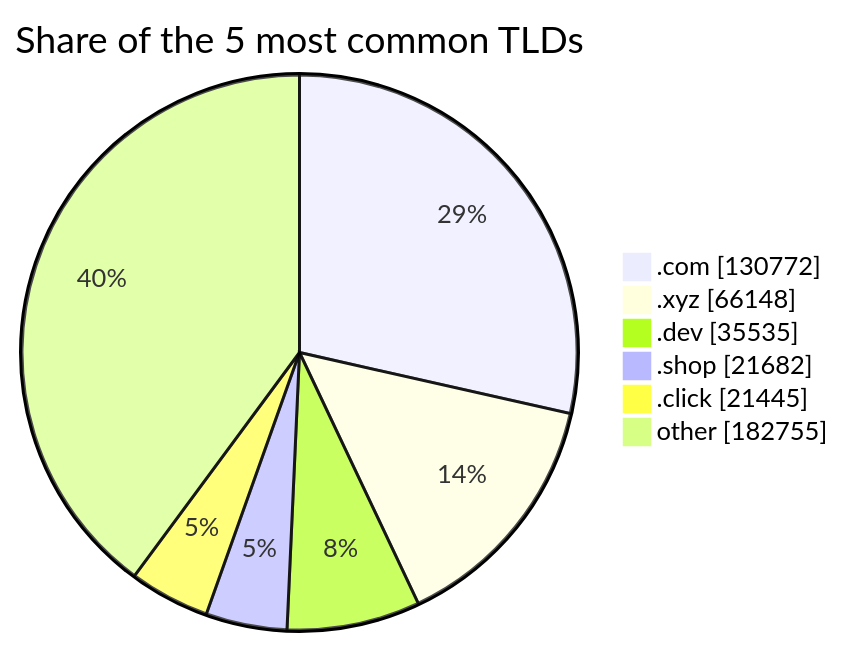
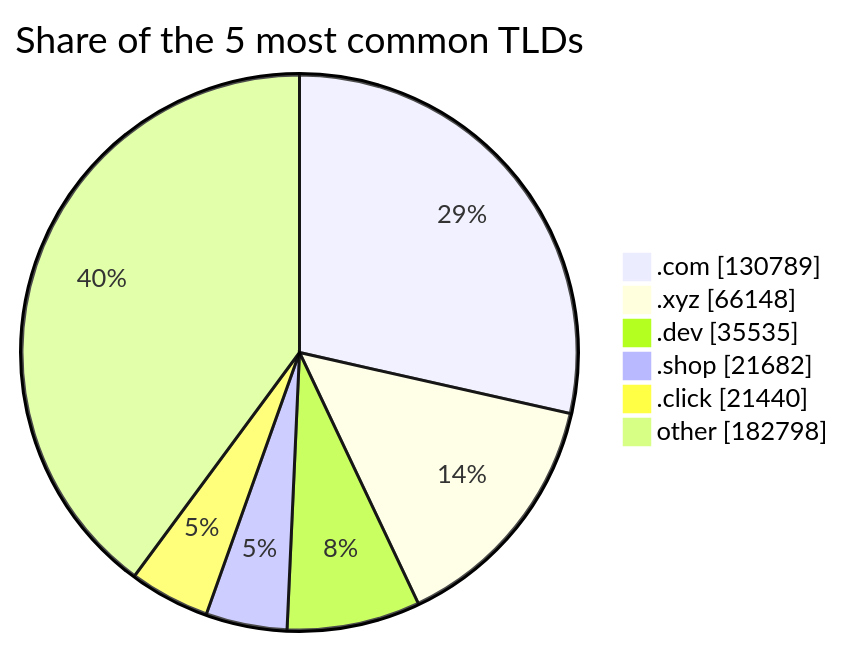
Before and after one commit to DNSBunker/CTI: the third of 3 diagrams in README.md, drawn with Mermaid. The commit also changed other lines of this file and 3 other files, not shown here.

````diff
--- a/README.md
+++ b/README.md
@@ -81,9 +81,9 @@
 ```mermaid
 pie showData title Share of the 5 most common TLDs
-    ".com" : 130772
+    ".com" : 130789
     ".xyz" : 66148
     ".dev" : 35535
     ".shop" : 21682
-    ".click" : 21445
-    "other" : 182755
+    ".click" : 21440
+    "other" : 182798
 ```
````
